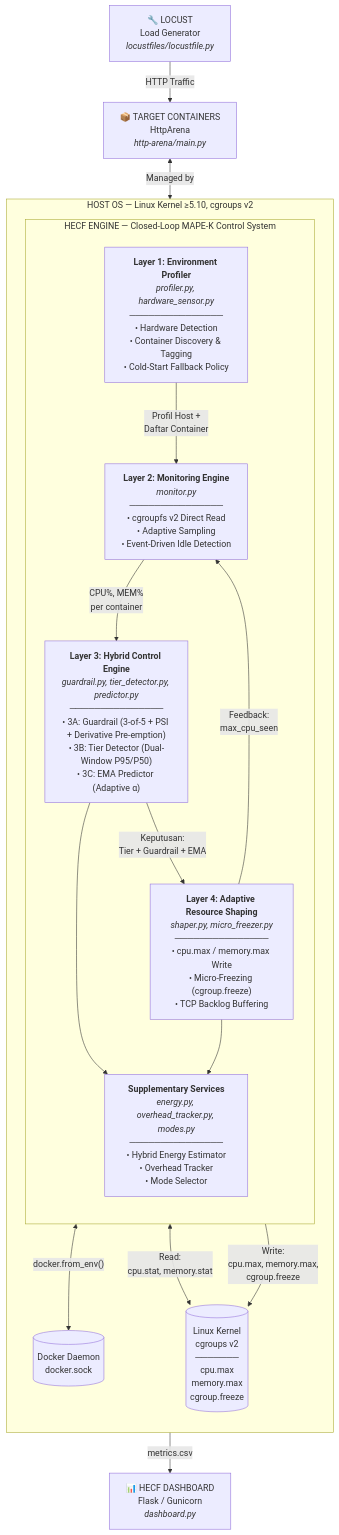
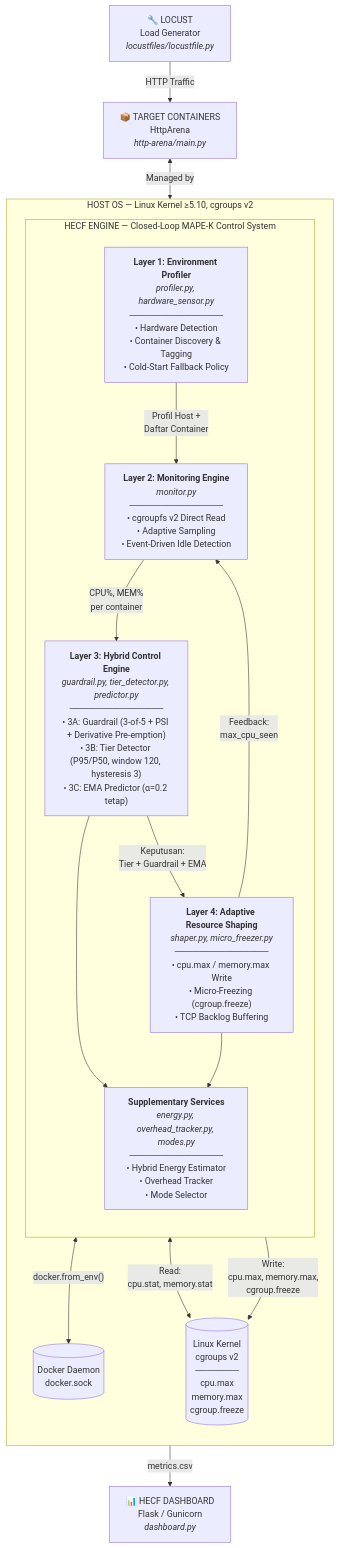
One commit to fauzanreza/green-container-framework changed the first of 2 diagrams in architecture-diagrams/00-concept/big_picture.md. Above: the diagram before and after it, drawn with Mermaid. The commit also changed other lines of this file and 21 other files, not shown here.

````diff
--- a/architecture-diagrams/00-concept/big_picture.md
+++ b/architecture-diagrams/00-concept/big_picture.md
@@ -8,42 +8,42 @@
 ```mermaid
 flowchart TB
     subgraph HOST["HOST OS — Linux Kernel ≥5.10, cgroups v2"]
         direction TB
 
         subgraph MAPE["HECF ENGINE — Closed-Loop MAPE-K Control System"]
             direction TB
 
             L1["<b>Layer 1: Environment Profiler</b><br/><i>profiler.py, hardware_sensor.py</i><br/>───────────────<br/>• Hardware Detection<br/>• Container Discovery & Tagging<br/>• Cold-Start Fallback Policy"]
 
             L2["<b>Layer 2: Monitoring Engine</b><br/><i>monitor.py</i><br/>───────────────<br/>• cgroupfs v2 Direct Read<br/>• Adaptive Sampling<br/>• Event-Driven Idle Detection"]
 
-            L3["<b>Layer 3: Hybrid Control Engine</b><br/><i>guardrail.py, tier_detector.py, predictor.py</i><br/>───────────────<br/>• 3A: Guardrail (3-of-5 + PSI + Derivative Pre-emption)<br/>• 3B: Tier Detector (Dual-Window P95/P50)<br/>• 3C: EMA Predictor (Adaptive α)"]
+            L3["<b>Layer 3: Hybrid Control Engine</b><br/><i>guardrail.py, tier_detector.py, predictor.py</i><br/>───────────────<br/>• 3A: Guardrail (3-of-5 + PSI + Derivative Pre-emption)<br/>• 3B: Tier Detector (P95/P50, window 120, hysteresis 3)<br/>• 3C: EMA Predictor (α=0.2 tetap)"]
 
             L4["<b>Layer 4: Adaptive Resource Shaping</b><br/><i>shaper.py, micro_freezer.py</i><br/>───────────────<br/>• cpu.max / memory.max Write<br/>• Micro-Freezing (cgroup.freeze)<br/>• TCP Backlog Buffering"]
 
             SUP["<b>Supplementary Services</b><br/><i>energy.py, overhead_tracker.py, modes.py</i><br/>───────────────<br/>• Hybrid Energy Estimator<br/>• Overhead Tracker<br/>• Mode Selector"]
 
             L1 -->|"Profil Host +<br/>Daftar Container"| L2
             L2 -->|"CPU%, MEM%<br/>per container"| L3
             L3 -->|"Keputusan:<br/>Tier + Guardrail + EMA"| L4
             L4 -->|"Feedback:<br/>max_cpu_seen"| L2
             L3 --> SUP
             L4 --> SUP
         end
 
         KERNEL[("Linux Kernel<br/>cgroups v2<br/>───────<br/>cpu.max<br/>memory.max<br/>cgroup.freeze")]
         DOCKER[("Docker Daemon<br/>docker.sock")]
 
         L1 <-->|"docker.from_env()"| DOCKER
         L2 <-->|"Read:<br/>cpu.stat, memory.stat"| KERNEL
         L4 -->|"Write:<br/>cpu.max, memory.max,<br/>cgroup.freeze"| KERNEL
     end
 
     LOCUST["🔧 LOCUST<br/>Load Generator<br/><i>locustfiles/locustfile.py</i>"]
     TARGET["📦 TARGET CONTAINERS<br/>HttpArena<br/><i>http-arena/main.py</i>"]
     DASH["📊 HECF DASHBOARD<br/>Flask / Gunicorn<br/><i>dashboard.py</i>"]
 
     LOCUST -->|"HTTP Traffic"| TARGET
     TARGET <-->|"Managed by"| DOCKER
     SUP -->|"metrics.csv"| DASH
 ```
````
